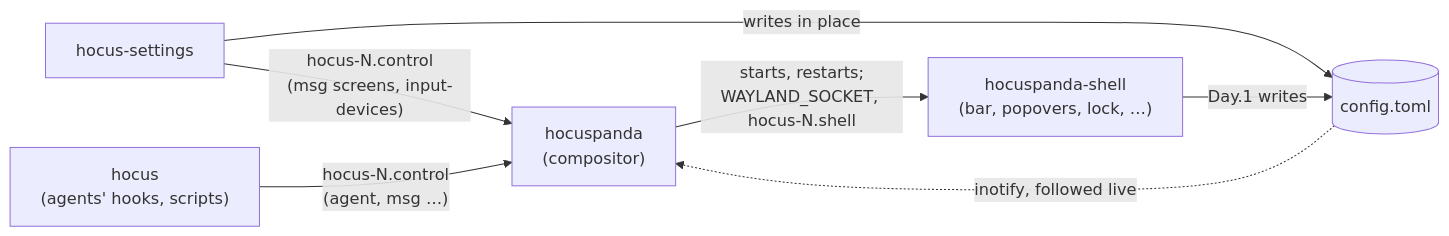
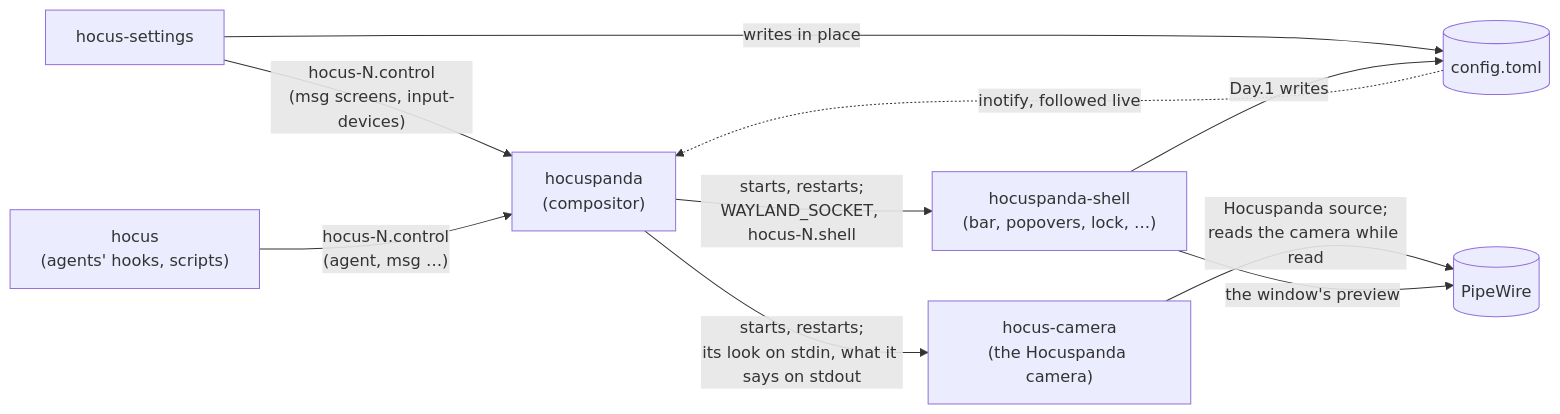
Before and after one commit to mattboll/hocus-panda: the diagram in docs/architecture.md, drawn with Mermaid. The commit also changed other lines of this file and 68 other files, not shown here.

Commit message:
Camera: the Hocuspanda camera, Lumière and Bandeau, the camera window (#619, lot 2) (#862)

````diff
--- a/docs/architecture.md
+++ b/docs/architecture.md
@@ -11,14 +11,19 @@
 ```mermaid
 flowchart LR
     C["hocuspanda<br/>(compositor)"]
     S["hocuspanda-shell<br/>(bar, popovers, lock, …)"]
     T["hocus-settings"]
     H["hocus<br/>(agents' hooks, scripts)"]
+    K["hocus-camera<br/>(the Hocuspanda camera)"]
+    P[("PipeWire")]
     F[("config.toml")]
     C -- "starts, restarts;<br/>WAYLAND_SOCKET, hocus-N.shell" --> S
     T -- "hocus-N.control<br/>(msg screens, input-devices)" --> C
     H -- "hocus-N.control<br/>(agent, msg …)" --> C
     T -- "writes in place" --> F
     S -- "Day.1 writes" --> F
     F -. "inotify, followed live" .-> C
+    C -- "starts, restarts;<br/>its look on stdin, what it says on stdout" --> K
+    K -- "Hocuspanda source;<br/>reads the camera while read" --> P
+    S -- "the window's preview" --> P
 ```
````
